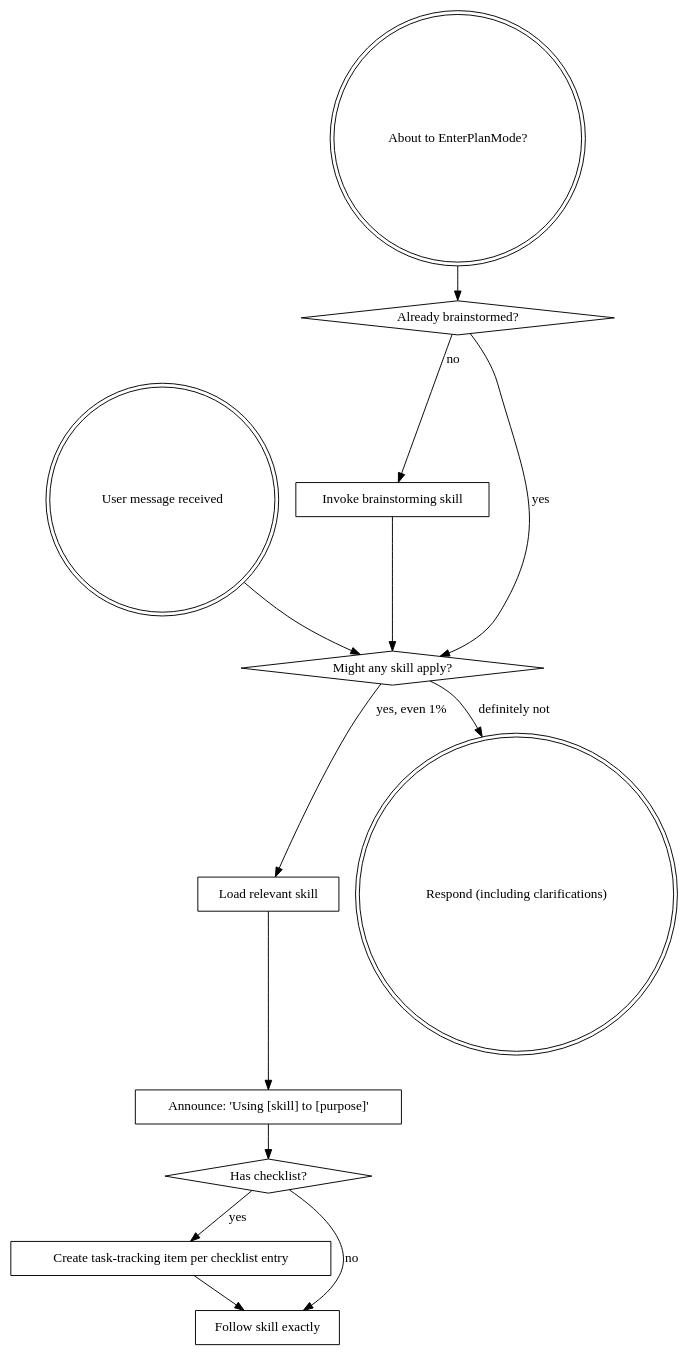
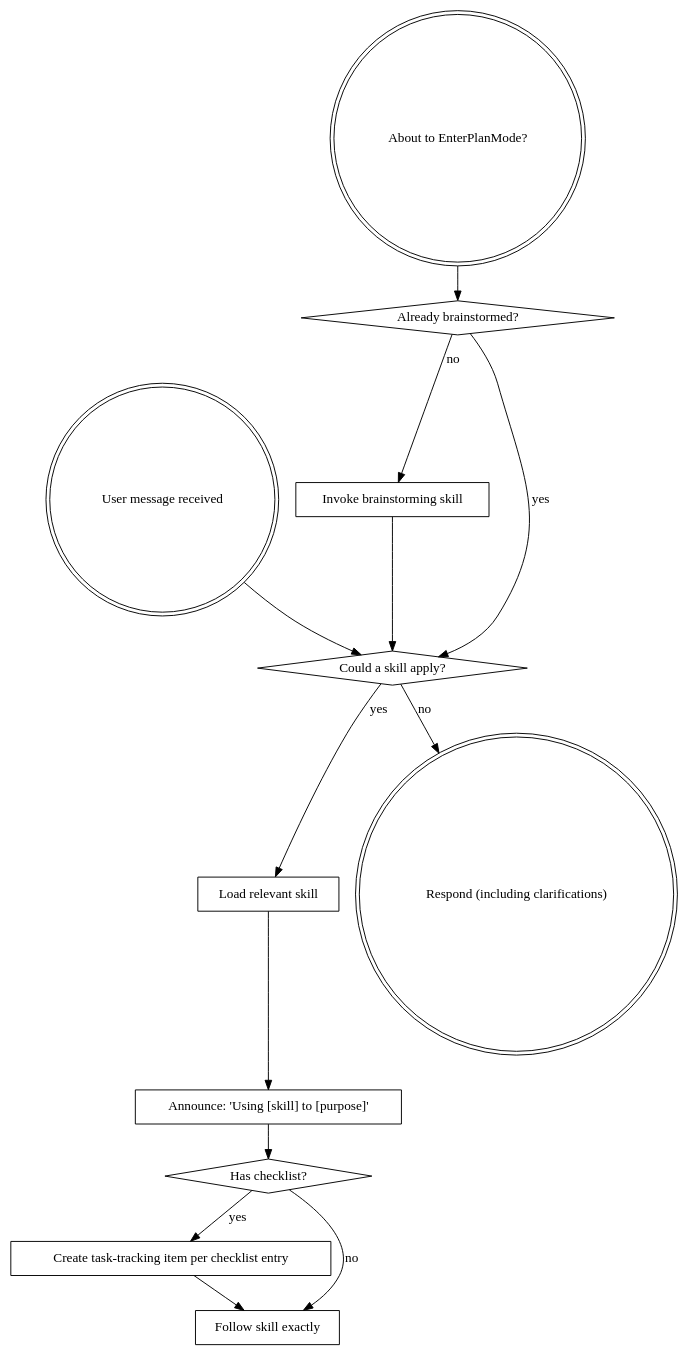
One commit to dmulcahey/featureforge changed the diagram in skills/using-featureforge/SKILL.md. Above: the diagram before and after it, drawn with Graphviz. The commit also changed other lines of this file and 366 other files, not shown here.

````diff
--- a/skills/using-featureforge/SKILL.md
+++ b/skills/using-featureforge/SKILL.md
@@ -118,29 +111,29 @@
 ```dot
 digraph skill_flow {
     "User message received" [shape=doublecircle];
     "About to EnterPlanMode?" [shape=doublecircle];
     "Already brainstormed?" [shape=diamond];
     "Invoke brainstorming skill" [shape=box];
-    "Might any skill apply?" [shape=diamond];
+    "Could a skill apply?" [shape=diamond];
     "Load relevant skill" [shape=box];
     "Announce: 'Using [skill] to [purpose]'" [shape=box];
     "Has checklist?" [shape=diamond];
     "Create task-tracking item per checklist entry" [shape=box];
     "Follow skill exactly" [shape=box];
     "Respond (including clarifications)" [shape=doublecircle];
 
     "About to EnterPlanMode?" -> "Already brainstormed?";
     "Already brainstormed?" -> "Invoke brainstorming skill" [label="no"];
-    "Already brainstormed?" -> "Might any skill apply?" [label="yes"];
-    "Invoke brainstorming skill" -> "Might any skill apply?";
+    "Already brainstormed?" -> "Could a skill apply?" [label="yes"];
+    "Invoke brainstorming skill" -> "Could a skill apply?";
 
-    "User message received" -> "Might any skill apply?";
-    "Might any skill apply?" -> "Load relevant skill" [label="yes, even 1%"];
-    "Might any skill apply?" -> "Respond (including clarifications)" [label="definitely not"];
+    "User message received" -> "Could a skill apply?";
+    "Could a skill apply?" -> "Load relevant skill" [label="yes"];
+    "Could a skill apply?" -> "Respond (including clarifications)" [label="no"];
     "Load relevant skill" -> "Announce: 'Using [skill] to [purpose]'";
     "Announce: 'Using [skill] to [purpose]'" -> "Has checklist?";
     "Has checklist?" -> "Create task-tracking item per checklist entry" [label="yes"];
     "Has checklist?" -> "Follow skill exactly" [label="no"];
     "Create task-tracking item per checklist entry" -> "Follow skill exactly";
 }
 ```
````
